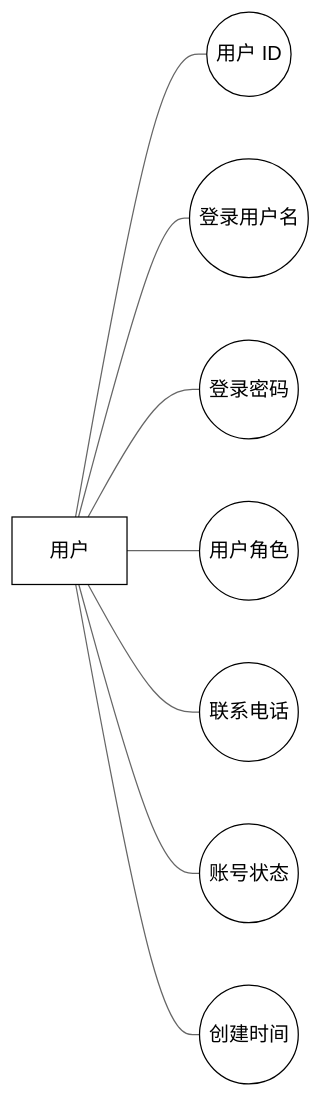
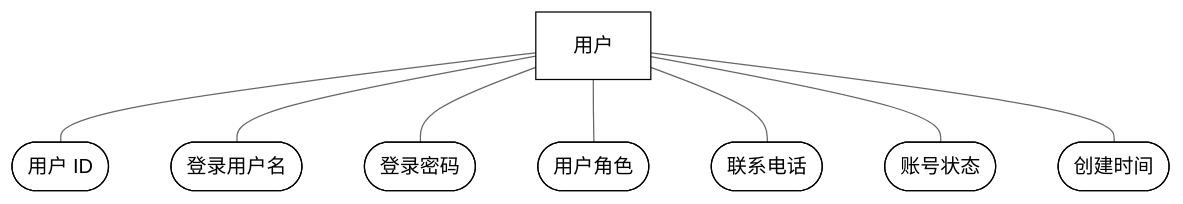
Before and after one commit to carl-Tu/campus-management: diagram 25 of 31 in docs/功能需求分析与用例图.md, drawn with Mermaid (neutral theme). The commit also changed other lines of this file, not shown here.

Commit message:
docs：E-R图字段改为椭圆形，结构改为实体在上、字段在下的上下结构

````diff
--- a/docs/功能需求分析与用例图.md
+++ b/docs/功能需求分析与用例图.md
@@ -918,22 +918,22 @@
 ```mermaid
-flowchart LR
+flowchart TD
   E["用户"]
-  A1((用户 ID))
-  A2((登录用户名))
-  A3((登录密码))
-  A4((用户角色))
-  A5((联系电话))
-  A6((账号状态))
-  A7((创建时间))
+  A1([用户 ID])
+  A2([登录用户名])
+  A3([登录密码])
+  A4([用户角色])
+  A5([联系电话])
+  A6([账号状态])
+  A7([创建时间])
 
   E --- A1
   E --- A2
   E --- A3
   E --- A4
   E --- A5
   E --- A6
   E --- A7
 
   classDef box fill:#ffffff,stroke:#000000,stroke-width:1px,color:#000000
   class E,A1,A2,A3,A4,A5,A6,A7 box
 ```
````
